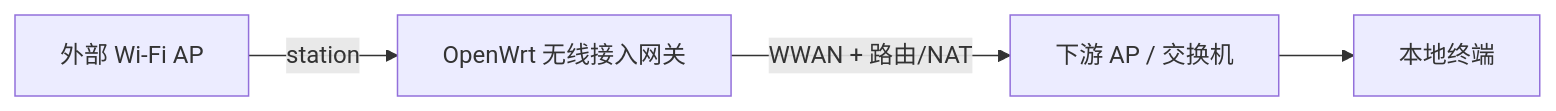
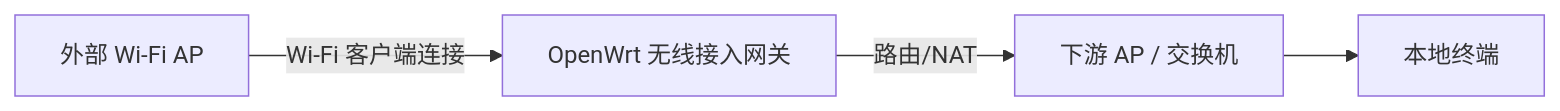
One commit to TMYTiMidlY/skills changed the diagram in skills/.curated/network/references/openwrt-wireless-gateway.md. Above: the diagram before and after it, drawn with Mermaid. The commit also changed other lines of this file and 1 other file, not shown here.

First line of the commit message:
fixup! refactor(network): move OpenWrt gateway guidance

````diff
--- a/skills/.curated/network/references/openwrt-wireless-gateway.md
+++ b/skills/.curated/network/references/openwrt-wireless-gateway.md
@@ -11,11 +11,11 @@
 ```mermaid
 flowchart LR
     upstream[外部 Wi-Fi AP]
     gateway[OpenWrt 无线接入网关]
     downstream[下游 AP / 交换机]
     clients[本地终端]
 
-    upstream -->|station| gateway
-    gateway -->|WWAN + 路由/NAT| downstream
+    upstream -->|Wi-Fi 客户端连接| gateway
+    gateway -->|路由/NAT| downstream
     downstream --> clients
 ```
````
